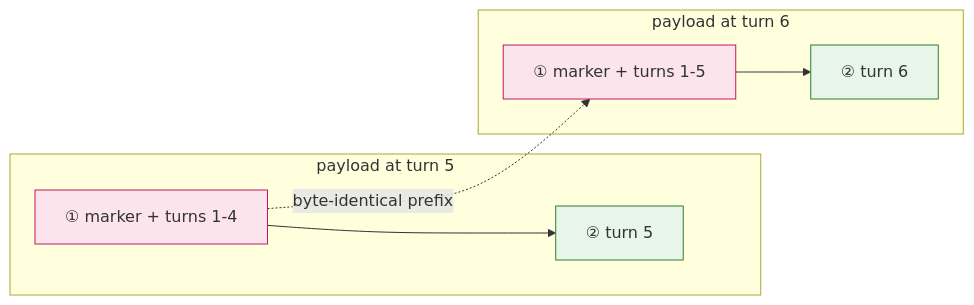
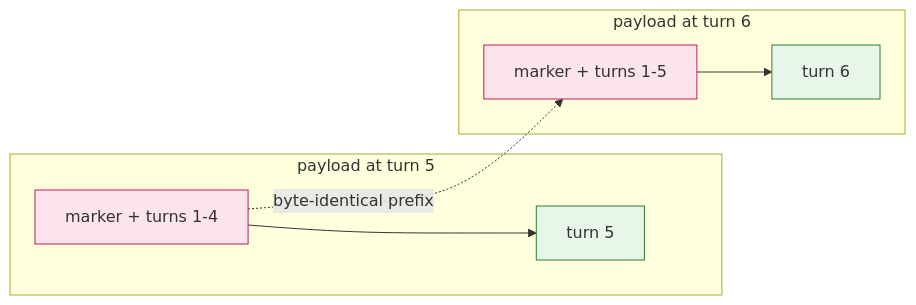
The third of 3 diagrams in docs/architecture/context.md (kingye/jyc), drawn with Mermaid before and after one commit. The commit also changed other lines of this file and 2 other files, not shown here.

````diff
--- a/docs/architecture/context.md
+++ b/docs/architecture/context.md
@@ -244,14 +244,14 @@
 ```mermaid
 flowchart LR
     subgraph P5["payload at turn 5"]
-        A5["① marker + turns 1-4"] --> B5["② turn 5"]
+        A5["marker + turns 1-4"] --> B5["turn 5"]
     end
     subgraph P6["payload at turn 6"]
-        A6["① marker + turns 1-5"] --> B6["② turn 6"]
+        A6["marker + turns 1-5"] --> B6["turn 6"]
     end
     A5 -. "byte-identical prefix" .-> A6
     style A5 fill:#fce4ec,stroke:#c2185b
     style A6 fill:#fce4ec,stroke:#c2185b
     style B5 fill:#e8f5e9,stroke:#2e7d32
     style B6 fill:#e8f5e9,stroke:#2e7d32
 ```
````
